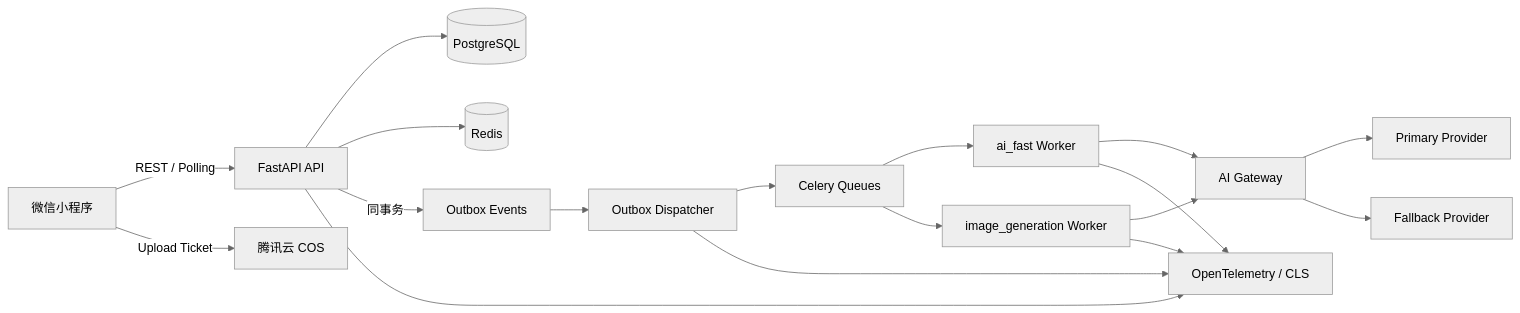
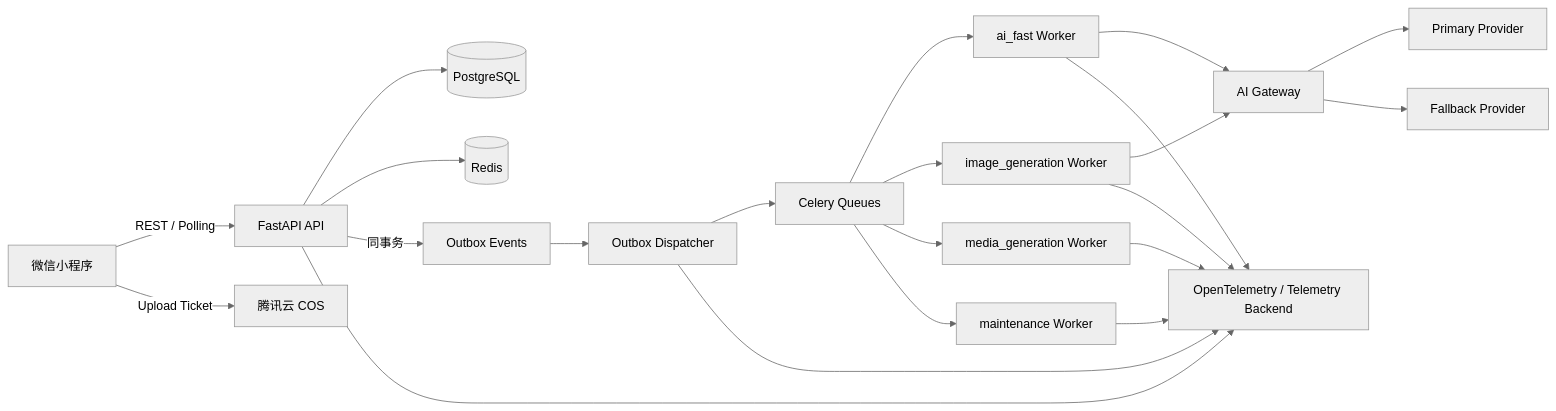
One commit to Fu0000/ai-wardrobe changed the first of 2 diagrams in docs/13_MVP实现方案与任务进度明细_V1.0.md. Above: the diagram before and after it, drawn with Mermaid (neutral theme). The commit also changed other lines of this file and 6 other files, not shown here.

````diff
--- a/docs/13_MVP实现方案与任务进度明细_V1.0.md
+++ b/docs/13_MVP实现方案与任务进度明细_V1.0.md
@@ -151,20 +151,24 @@
 ```mermaid
 flowchart LR
     MP[微信小程序] -->|REST / Polling| API[FastAPI API]
     MP -->|Upload Ticket| COS[腾讯云 COS]
     API --> PG[(PostgreSQL)]
     API --> REDIS[(Redis)]
     API -->|同事务| OUTBOX[Outbox Events]
     OUTBOX --> DISP[Outbox Dispatcher]
     DISP --> CELERY[Celery Queues]
     CELERY --> FAST[ai_fast Worker]
     CELERY --> IMAGE[image_generation Worker]
+    CELERY --> MEDIA[media_generation Worker]
+    CELERY --> MAINT[maintenance Worker]
     FAST --> AIGW[AI Gateway]
     IMAGE --> AIGW
     AIGW --> P1[Primary Provider]
     AIGW --> P2[Fallback Provider]
-    API --> OTEL[OpenTelemetry / CLS]
+    API --> OTEL[OpenTelemetry / Telemetry Backend]
     DISP --> OTEL
     FAST --> OTEL
     IMAGE --> OTEL
+    MEDIA --> OTEL
+    MAINT --> OTEL
 ```
````
